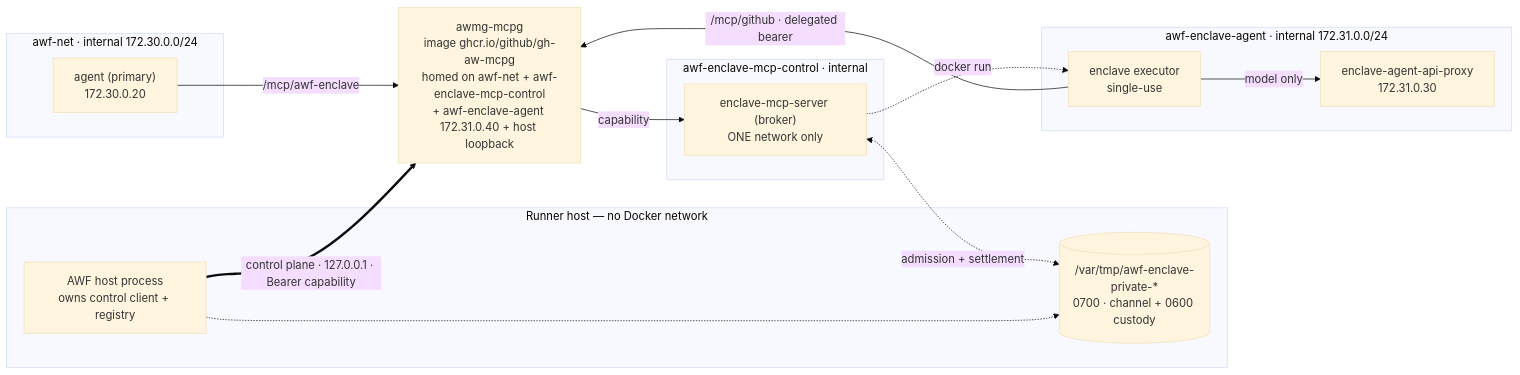
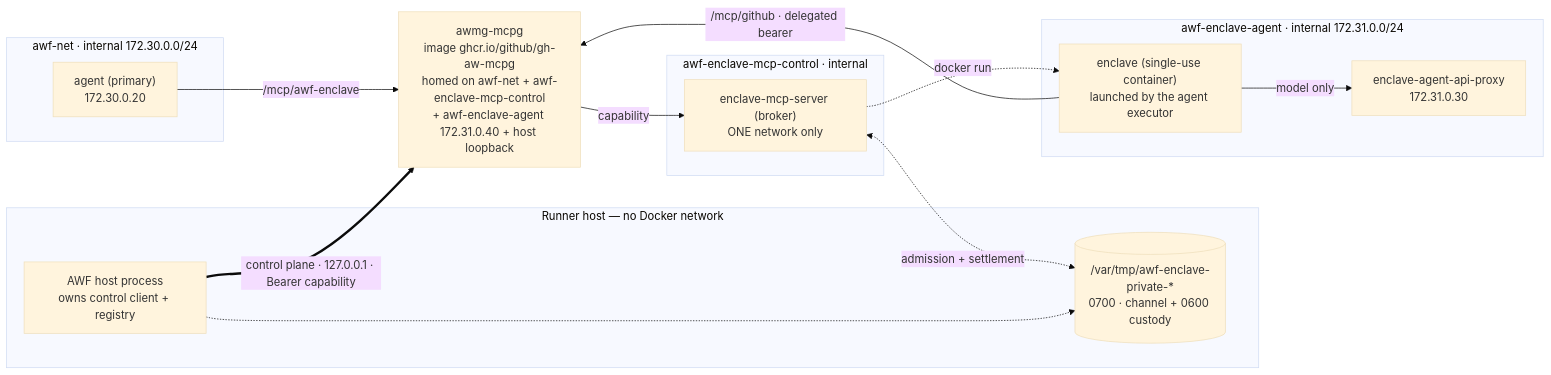
Before and after one commit to github/gh-aw-firewall: the diagram in docs/enclaves-architecture.md, drawn with Mermaid (base theme). The commit also changed other lines of this file, not shown here.

First line of the commit message:
docs: define executor versus enclave

````diff
--- a/docs/enclaves-architecture.md
+++ b/docs/enclaves-architecture.md
@@ -349,27 +361,27 @@
 ```mermaid
 graph LR
   subgraph host["Runner host — no Docker network"]
     AWF["AWF host process<br/>owns control client + registry"]
     PRIV[("/var/tmp/awf-enclave-private-*<br/>0700 · channel + 0600 custody")]
   end
   subgraph net["awf-net · internal 172.30.0.0/24"]
     AGENT["agent (primary)<br/>172.30.0.20"]
   end
   subgraph ctrl["awf-enclave-mcp-control · internal"]
     BROKER["enclave-mcp-server (broker)<br/>ONE network only"]
   end
   subgraph enc["awf-enclave-agent · internal 172.31.0.0/24"]
-    EXEC["enclave executor<br/>single-use"]
+    EXEC["enclave (single-use container)<br/>launched by the agent executor"]
     EPROXY["enclave-agent-api-proxy<br/>172.31.0.30"]
   end
   MCPG["awmg-mcpg<br/>image ghcr.io/github/gh-aw-mcpg<br/>homed on awf-net + awf-enclave-mcp-control<br/>+ awf-enclave-agent 172.31.0.40 + host loopback"]
 
   AGENT -->|"/mcp/awf-enclave"| MCPG
   MCPG -->|"capability"| BROKER
   EXEC -->|"/mcp/github · delegated bearer"| MCPG
   EXEC -->|"model only"| EPROXY
   BROKER -.->|"docker run"| EXEC
   AWF ==>|"control plane · 127.0.0.1 · Bearer capability"| MCPG
   BROKER <-.->|"admission + settlement"| PRIV
   AWF -.-> PRIV
 ```
````
